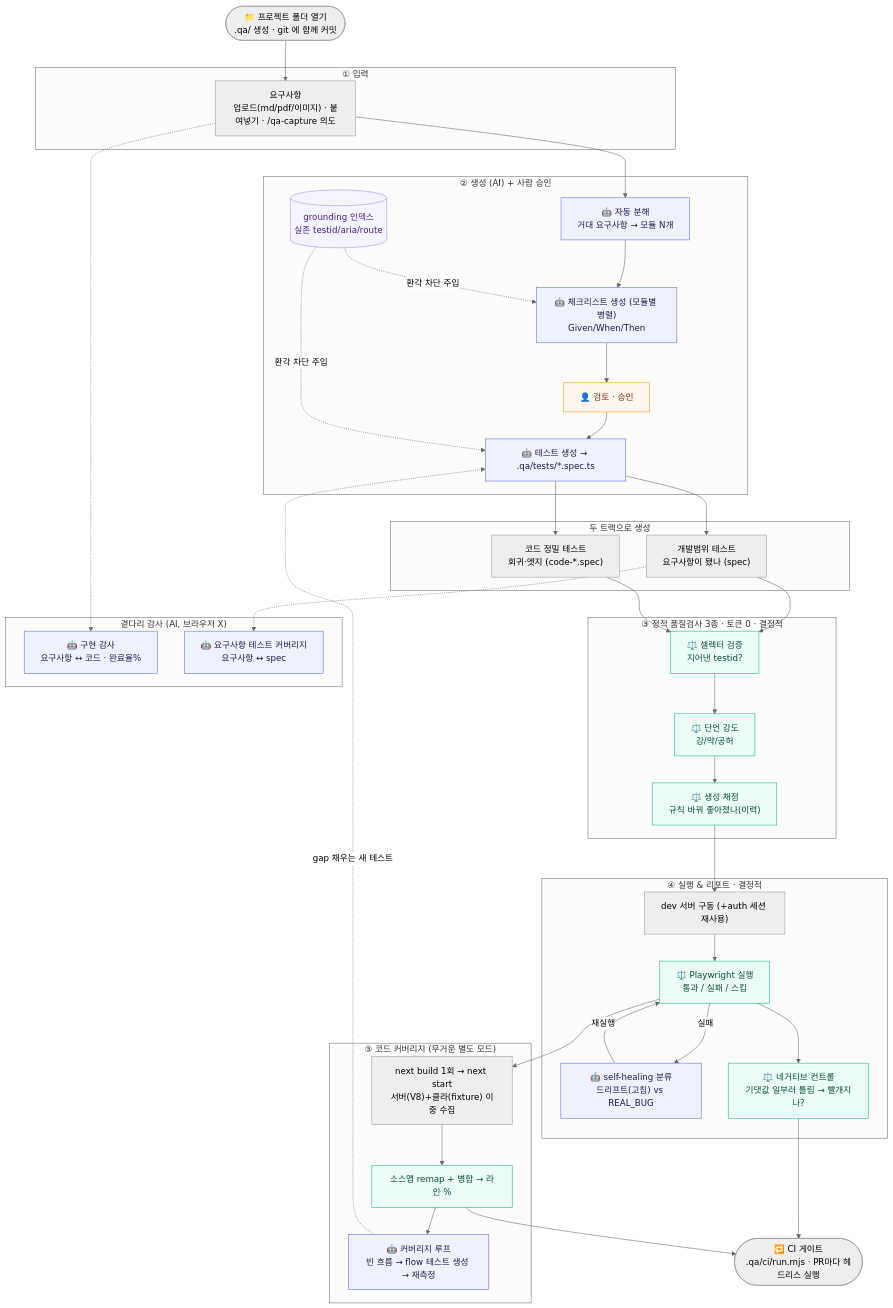
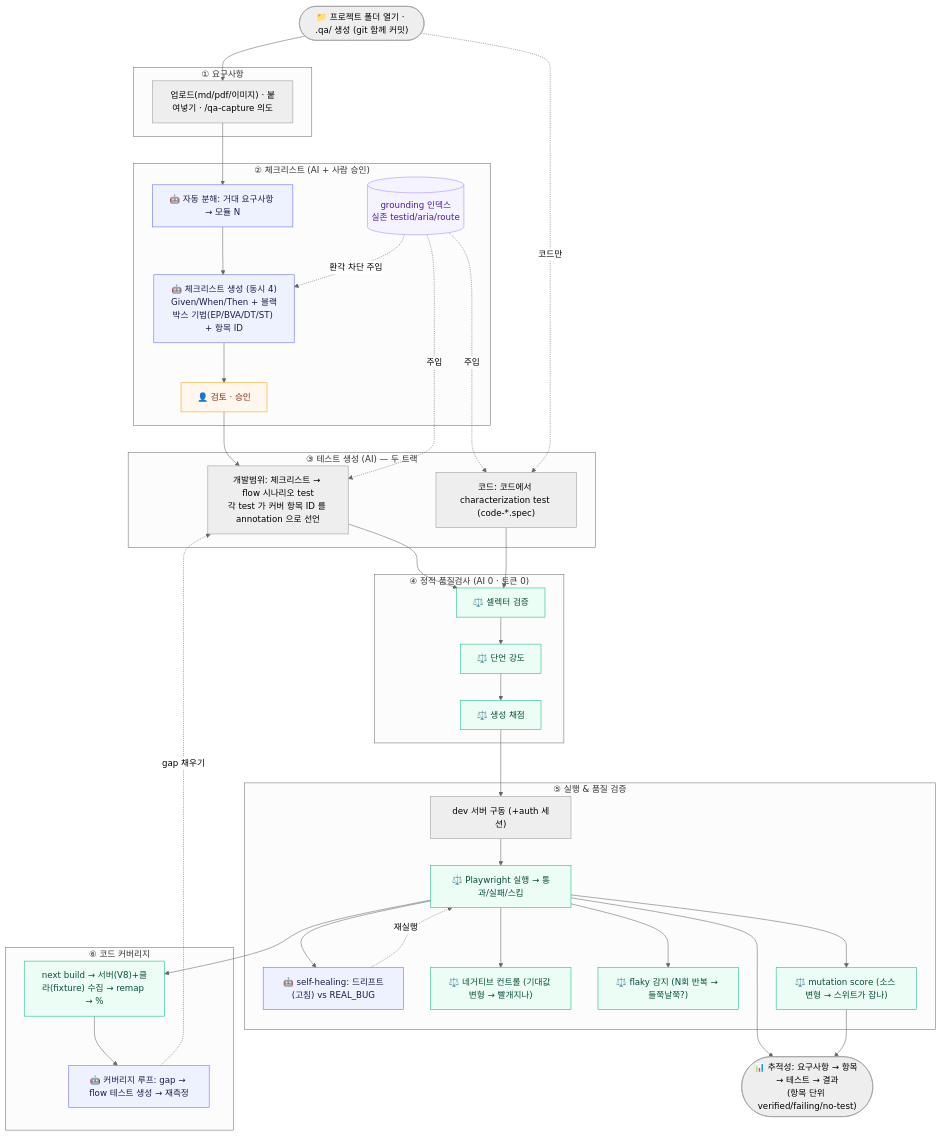
Before and after one commit to hun2zz/auto-qa: the second of 9 diagrams in README.md, drawn with Mermaid (neutral theme). The commit also changed other lines of this file, not shown here.

````diff
--- a/README.md
+++ b/README.md
@@ -27,74 +40,66 @@
 ```mermaid
 flowchart TD
-    START(["📁 프로젝트 폴더 열기<br/>.qa/ 생성 · git 에 함께 커밋"])
+    START(["📁 프로젝트 폴더 열기 · .qa/ 생성 (git 함께 커밋)"])
 
-    subgraph IN["① 입력"]
-        REQ["요구사항<br/>업로드(md/pdf/이미지) · 붙여넣기 · /qa-capture 의도"]
+    subgraph IN["① 요구사항"]
+        REQ["업로드(md/pdf/이미지) · 붙여넣기 · /qa-capture 의도"]
     end
     START --> REQ
 
-    subgraph GEN["② 생성 (AI) + 사람 승인"]
-        SPLIT["🤖 자동 분해<br/>거대 요구사항 → 모듈 N개"]
-        CL["🤖 체크리스트 생성 (모듈별 병렬)<br/>Given/When/Then"]
+    subgraph GEN["② 체크리스트 (AI + 사람 승인)"]
+        SPLIT["🤖 자동 분해: 거대 요구사항 → 모듈 N"]
+        CL["🤖 체크리스트 생성 (동시 4)<br/>Given/When/Then + 블랙박스 기법(EP/BVA/DT/ST) + 항목 ID"]
         APV["👤 검토 · 승인"]
         IDX[("grounding 인덱스<br/>실존 testid/aria/route")]
-        GT["🤖 테스트 생성 → .qa/tests/*.spec.ts"]
-        SPLIT --> CL --> APV --> GT
+        SPLIT --> CL --> APV
         IDX -.환각 차단 주입.-> CL
-        IDX -.환각 차단 주입.-> GT
     end
     REQ --> SPLIT
 
-    subgraph TRACK["두 트랙으로 생성"]
-        T1["개발범위 테스트<br/>요구사항이 됐나 (spec)"]
-        T2["코드 정밀 테스트<br/>회귀·엣지 (code-*.spec)"]
+    subgraph T["③ 테스트 생성 (AI) — 두 트랙"]
+        T1["개발범위: 체크리스트 → flow 시나리오 test<br/>각 test 가 커버 항목 ID 를 annotation 으로 선언"]
+        T2["코드: 코드에서 characterization test (code-*.spec)"]
     end
-    GT --> T1 & T2
+    APV --> T1
+    IDX -.주입.-> T1 & T2
+    START -.코드만.-> T2
 
-    subgraph QC["③ 정적 품질검사 3종 · 토큰 0 · 결정적"]
-        QS["⚖️ 셀렉터 검증<br/>지어낸 testid?"]
-        QA["⚖️ 단언 강도<br/>강/약/공허"]
-        QE["⚖️ 생성 채점<br/>규칙 바꿔 좋아졌나(이력)"]
+    subgraph QC["④ 정적 품질검사 (AI 0 · 토큰 0)"]
+        QS["⚖️ 셀렉터 검증"]
+        QA["⚖️ 단언 강도"]
+        QE["⚖️ 생성 채점"]
     end
     T1 & T2 --> QS --> QA --> QE
 
-    subgraph RUN["④ 실행 & 리포트 · 결정적"]
-        DEV["dev 서버 구동 (+auth 세션 재사용)"]
-        PW["⚖️ Playwright 실행<br/>통과 / 실패 / 스킵"]
-        HEAL["🤖 self-healing 분류<br/>드리프트(고침) vs REAL_BUG"]
-        NEG["⚖️ 네거티브 컨트롤<br/>기댓값 일부러 틀림 → 빨개지나?"]
-        DEV --> PW
-        PW -->|실패| HEAL -->|재실행| PW
-        PW --> NEG
+    subgraph RUN["⑤ 실행 & 품질 검증"]
+        DEV["dev 서버 구동 (+auth 세션)"]
+        PW["⚖️ Playwright 실행 → 통과/실패/스킵"]
+        HEAL["🤖 self-healing: 드리프트(고침) vs REAL_BUG"]
+        NEG["⚖️ 네거티브 컨트롤 (기대값 변형 → 빨개지나)"]
+        FLK["⚖️ flaky 감지 (N회 반복 → 들쭉날쭉?)"]
+        MUT["⚖️ mutation score (소스 변형 → 스위트가 잡나)"]
+        DEV --> PW --> HEAL -.재실행.-> PW
+        PW --> NEG & FLK & MUT
     end
     QE --> DEV
 
-    subgraph COV["⑤ 코드 커버리지 (무거운 별도 모드)"]
-        CB["next build 1회 → next start<br/>서버(V8)+클라(fixture) 이중 수집"]
-        CM["소스맵 remap + 병합 → 라인 %"]
-        LOOP["🤖 커버리지 루프<br/>빈 흐름 → flow 테스트 생성 → 재측정"]
-        CB --> CM --> LOOP
-        LOOP -.gap 채우는 새 테스트.-> GT
+    subgraph COV["⑥ 코드 커버리지"]
+        CB["next build → 서버(V8)+클라(fixture) 수집 → remap → %"]
+        LOOP["🤖 커버리지 루프: gap → flow 테스트 생성 → 재측정"]
+        CB --> LOOP -.gap 채우기.-> T1
     end
     PW --> CB
 
-    subgraph AUDIT["곁다리 감사 (AI, 브라우저 X)"]
-        AU1["🤖 구현 감사<br/>요구사항 ↔ 코드 · 완료율%"]
-        AU2["🤖 요구사항 테스트 커버리지<br/>요구사항 ↔ spec"]
-    end
-    REQ -.-> AU1
-    T1 -.-> AU2
-
-    CI(["🔁 CI 게이트<br/>.qa/ci/run.mjs · PR마다 헤드리스 실행"])
-    NEG --> CI
-    CM --> CI
+    TR(["📊 추적성: 요구사항 → 항목 → 테스트 → 결과<br/>(항목 단위 verified/failing/no-test)"])
+    PW --> TR
+    MUT --> TR
 
     classDef ai fill:#eef2ff,stroke:#6366f1,color:#1e1b4b
     classDef det fill:#ecfdf5,stroke:#10b981,color:#064e3b
     classDef human fill:#fff7ed,stroke:#f59e0b,color:#7c2d12
     classDef data fill:#f5f3ff,stroke:#a78bfa,color:#4c1d95
-    class SPLIT,CL,GT,HEAL,LOOP,AU1,AU2 ai
-    class QS,QA,QE,PW,NEG,CM det
+    class SPLIT,CL,HEAL,LOOP ai
+    class QS,QA,QE,PW,NEG,FLK,MUT,CB det
     class APV human
     class IDX data
 ```
````
